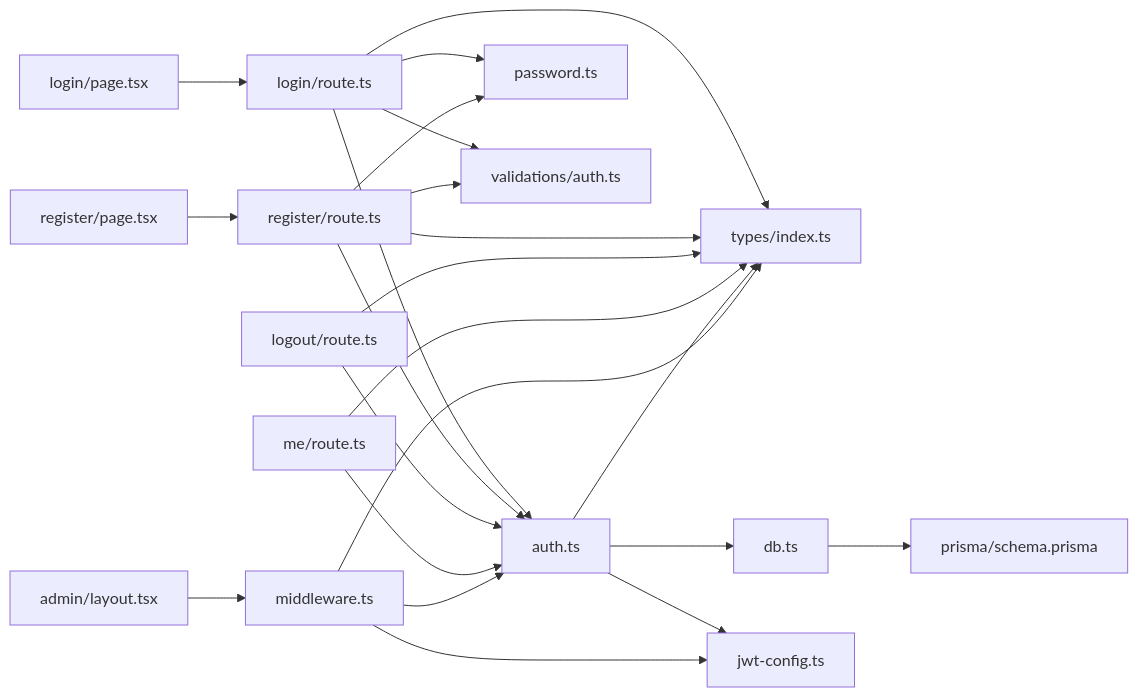
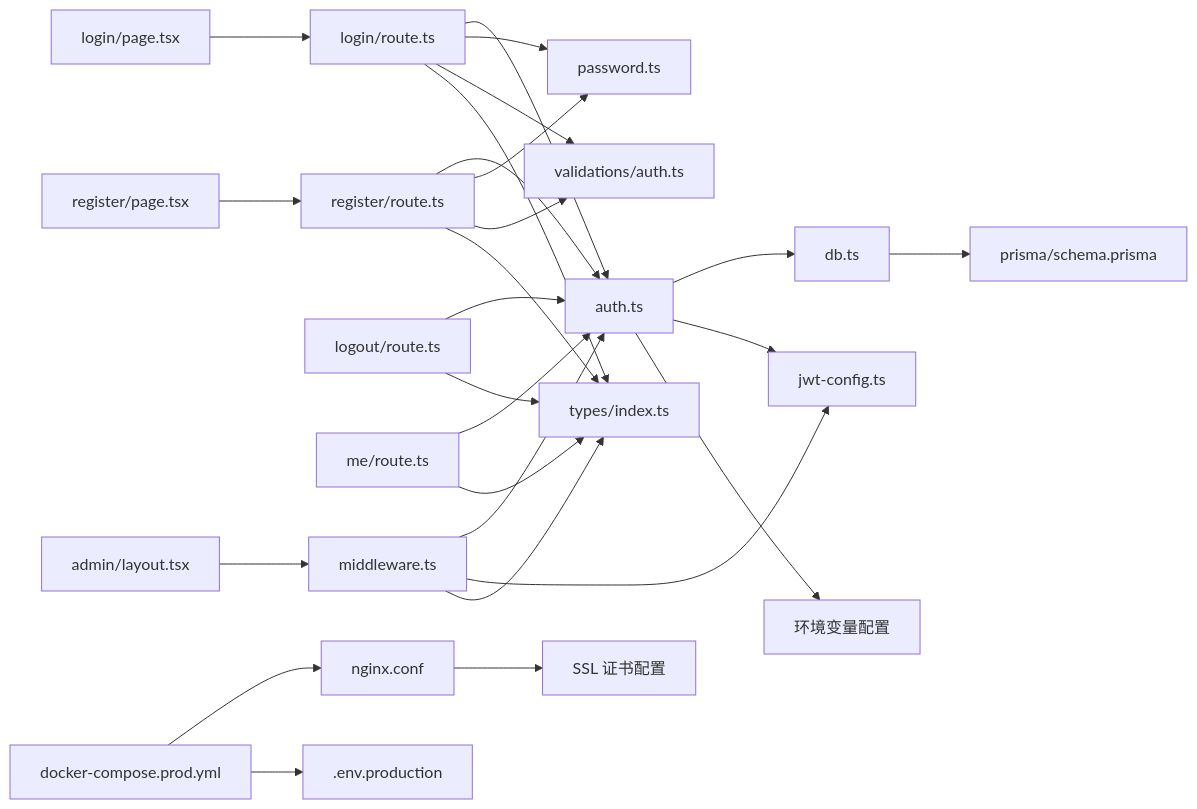
Before and after one commit to three3638-arch/celestia_2b: the fifth of 5 diagrams in .qoder/repowiki/zh/content/认证系统/认证系统.md, drawn with Mermaid. The commit also changed other lines of this file and 25 other files, not shown here.

````diff
--- a/.qoder/repowiki/zh/content/认证系统/认证系统.md
+++ b/.qoder/repowiki/zh/content/认证系统/认证系统.md
@@ -377,25 +413,28 @@
 ```mermaid
 graph LR
 LoginRoute["login/route.ts"] --> AuthLib["auth.ts"]
 LoginRoute --> PassLib["password.ts"]
 LoginRoute --> Valid["validations/auth.ts"]
 LoginRoute --> Types["types/index.ts"]
 RegisterRoute["register/route.ts"] --> AuthLib
 RegisterRoute --> PassLib
 RegisterRoute --> Valid
 RegisterRoute --> Types
 LogoutRoute["logout/route.ts"] --> AuthLib
 LogoutRoute --> Types
 MeRoute["me/route.ts"] --> AuthLib
 MeRoute --> Types
 AuthLib --> DBLib["db.ts"]
 AuthLib --> JWTConfig["jwt-config.ts"]
-AuthLib --> Types
+AuthLib --> EnvConfig["环境变量配置"]
 Middleware["middleware.ts"] --> AuthLib
 Middleware --> JWTConfig
 Middleware --> Types
 DBLib --> Schema["prisma/schema.prisma"]
 ClientLogin["login/page.tsx"] --> LoginRoute
 ClientRegister["register/page.tsx"] --> RegisterRoute
 AdminLayout["admin/layout.tsx"] --> Middleware
+DockerCompose["docker-compose.prod.yml"] --> Nginx["nginx.conf"]
+DockerCompose --> EnvFile[".env.production"]
+Nginx --> SSL["SSL 证书配置"]
 ```
````
